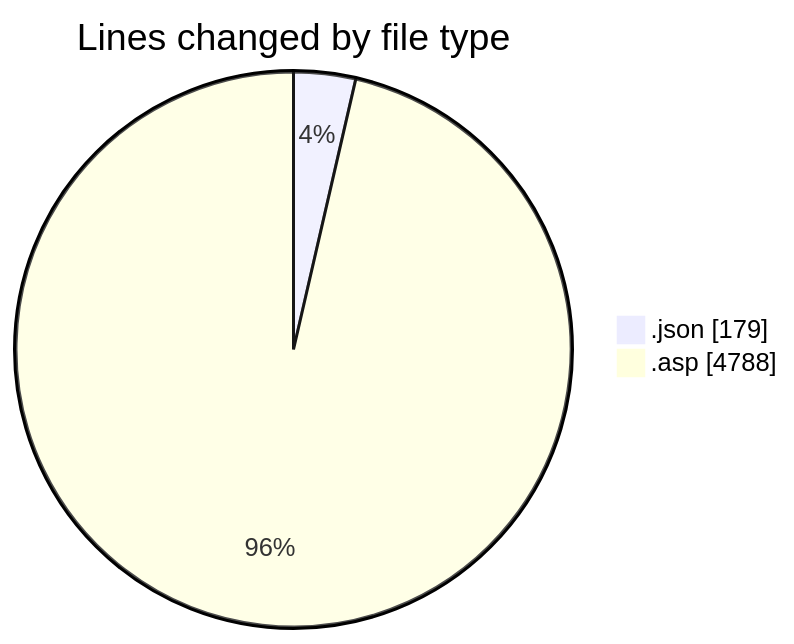
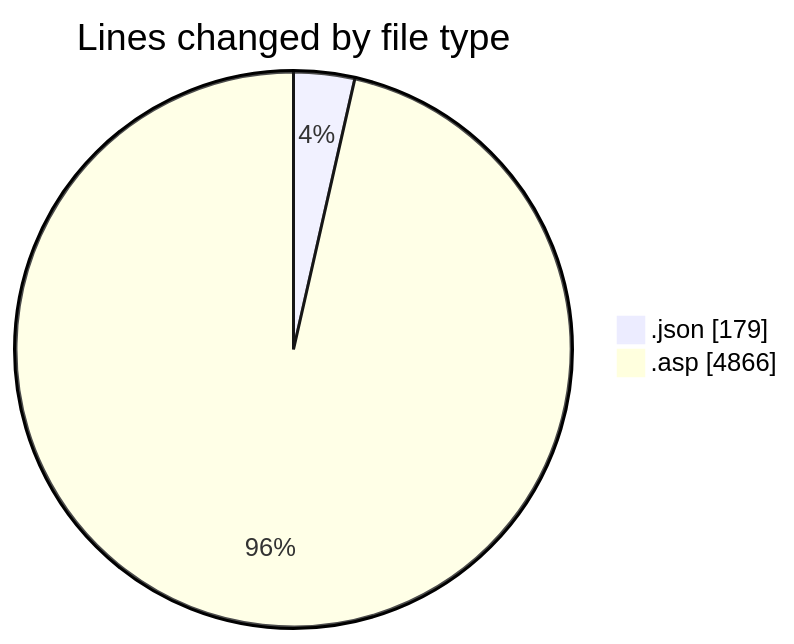
The first of 2 diagrams in 2025-11-17/cdp_aleoudev_fr__workspace_/README.md (julien-gomy/code-tracking), drawn with Mermaid before and after one commit. The commit also changed other lines of this file and 1 other file, not shown here.

````diff
--- a/2025-11-17/cdp_aleoudev_fr__workspace_/README.md
+++ b/2025-11-17/cdp_aleoudev_fr__workspace_/README.md
@@ -24,6 +25,6 @@
 ```mermaid
 pie showData
 title Lines changed by file type
 ".json" : 179
-".asp" : 4788
+".asp" : 4866
 ```
````
